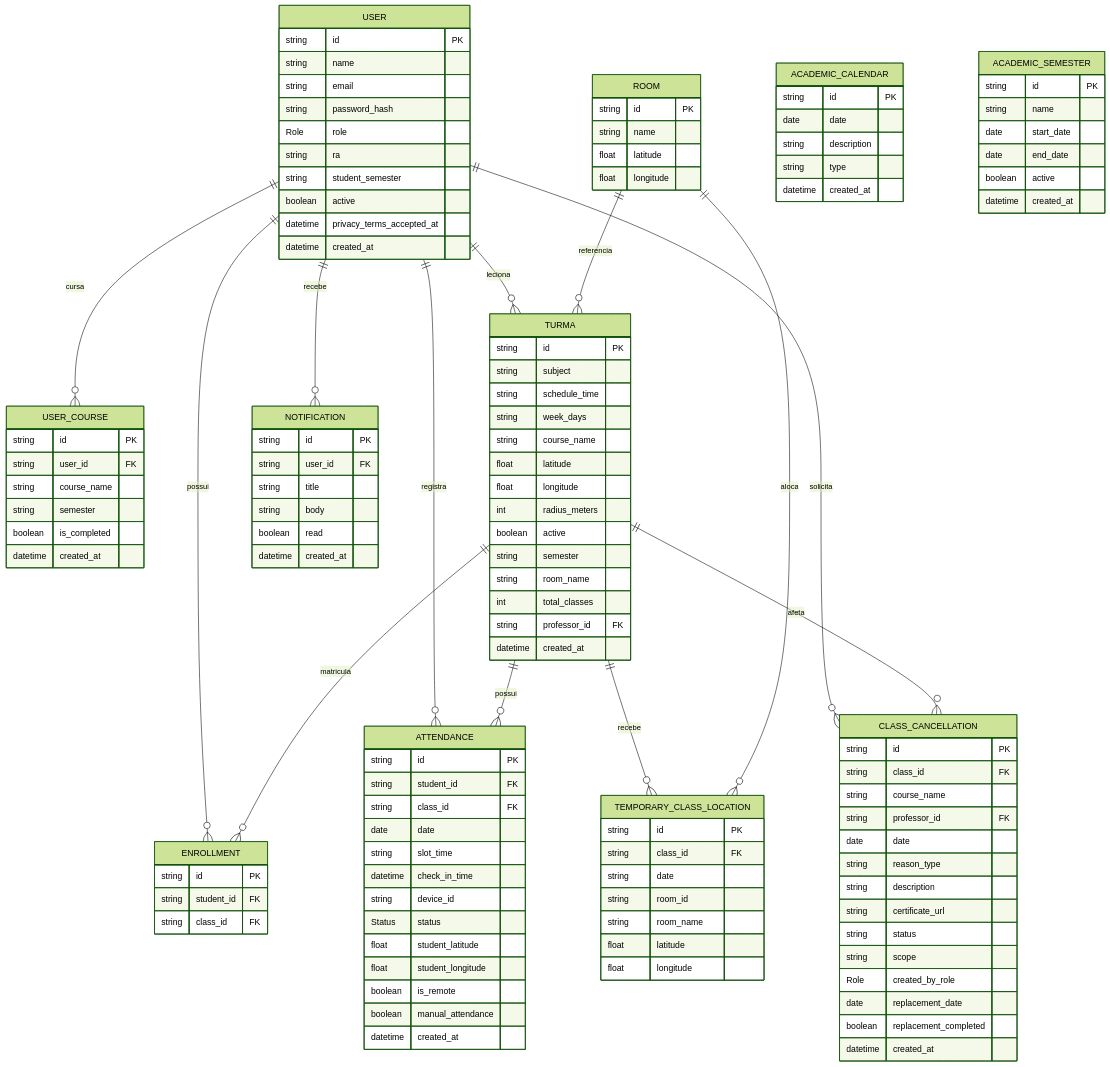
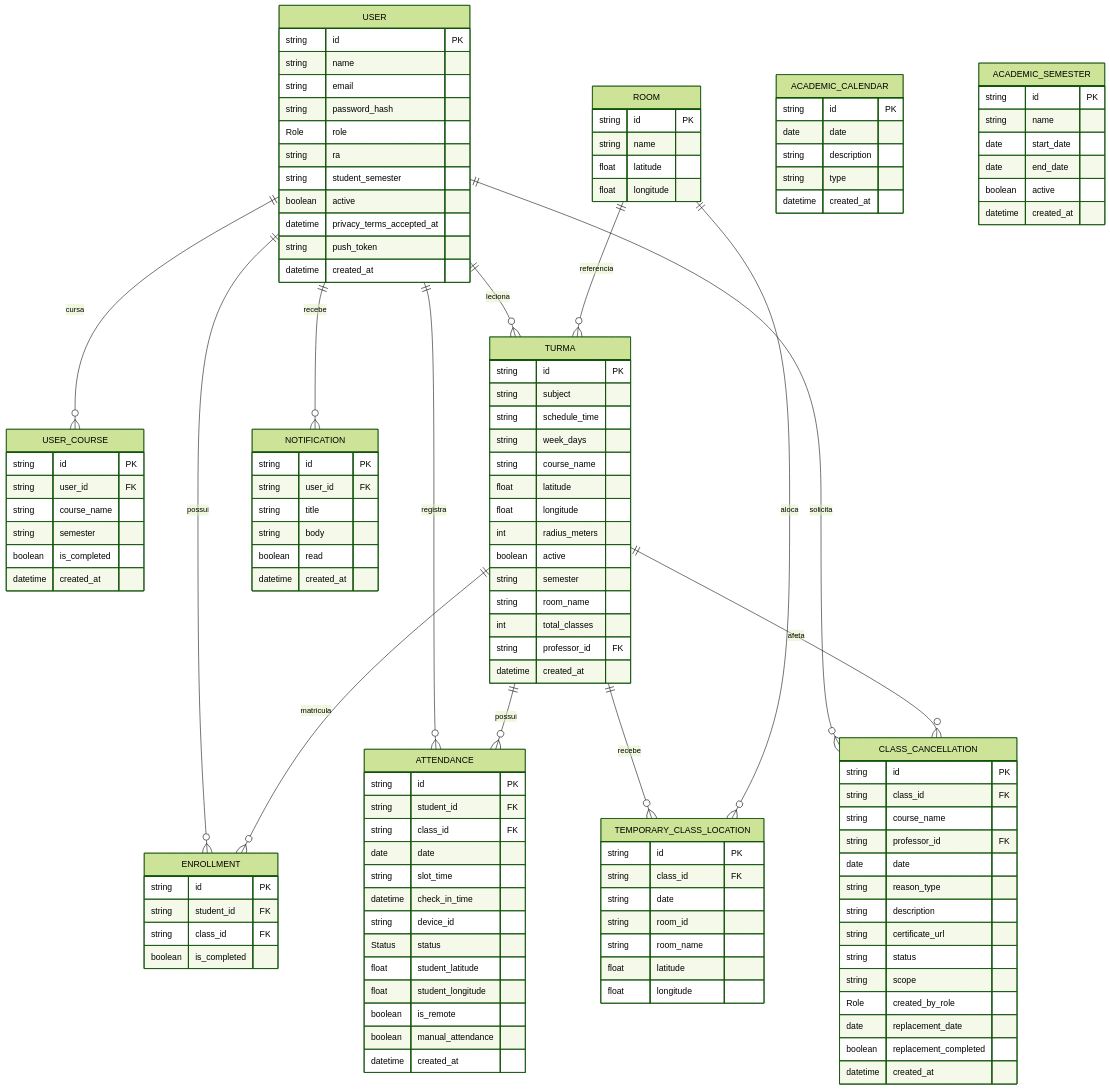
One commit to caneschi-lais/geoclass changed the diagram in documentacao/diagramas/mer.md. Above: the diagram before and after it, drawn with Mermaid (forest theme). The commit also changed other lines of this file and 4 other files, not shown here.

Commit message:
docs: add detailed system documentation including use cases, database ERD, flows, and architecture

```diff
--- a/documentacao/diagramas/mer.md
+++ b/documentacao/diagramas/mer.md
@@ -18,6 +18,7 @@
         string student_semester
         boolean active
         datetime privacy_terms_accepted_at
+        string push_token
         datetime created_at
     }
 
@@ -51,6 +52,7 @@
         string id PK
         string student_id FK
         string class_id FK
+        boolean is_completed
     }
 
     ATTENDANCE {
```
